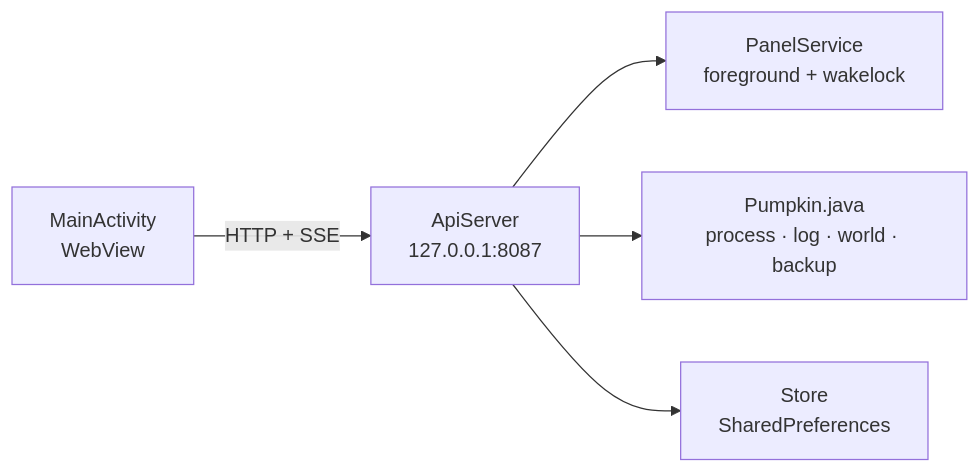
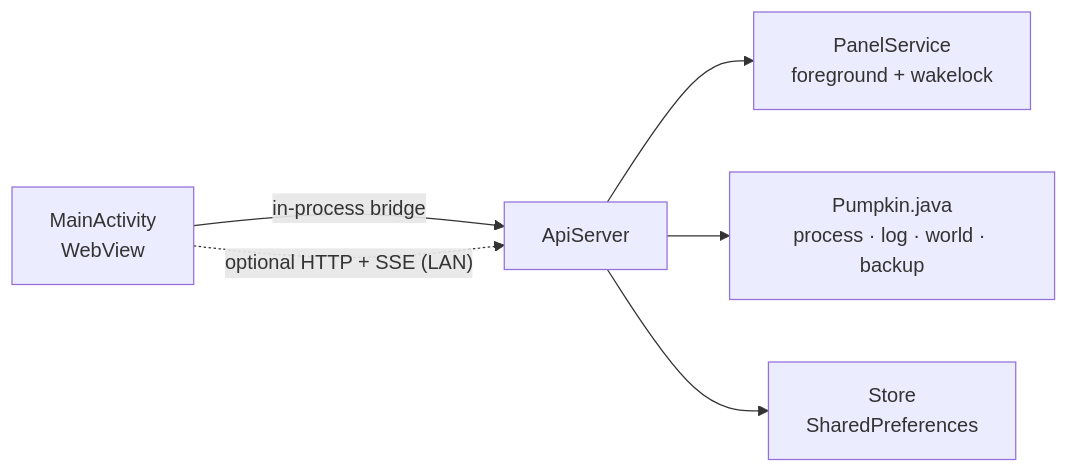
Before and after one commit to Viralina/pumpkin-server-android: the diagram in README.md, drawn with Mermaid. The commit also changed other lines of this file and 15 other files, not shown here.

````diff
--- a/README.md
+++ b/README.md
@@ -42,7 +43,8 @@
 ```mermaid
 flowchart LR
-  A["MainActivity<br/>WebView"] -->|"HTTP + SSE"| B["ApiServer<br/>127.0.0.1:8087"]
+  A["MainActivity<br/>WebView"] -->|"in-process bridge"| B["ApiServer"]
+  A -.->|"optional HTTP + SSE (LAN)"| B
   B --> C["PanelService<br/>foreground + wakelock"]
   B --> D["Pumpkin.java<br/>process · log · world · backup"]
   B --> E["Store<br/>SharedPreferences"]
 ```
````
